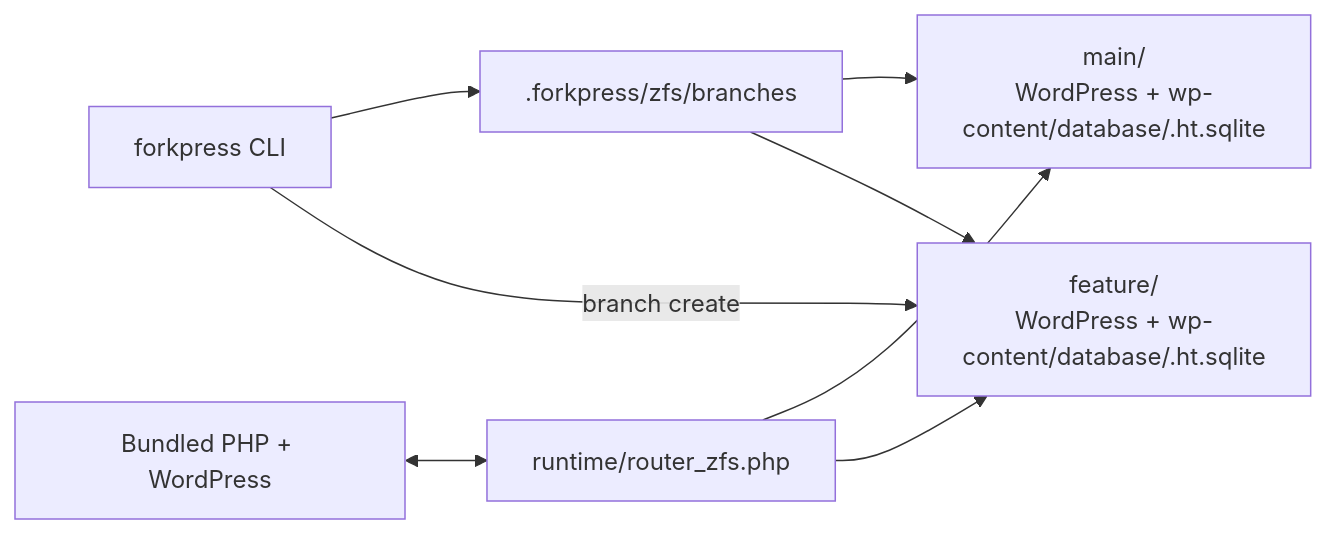
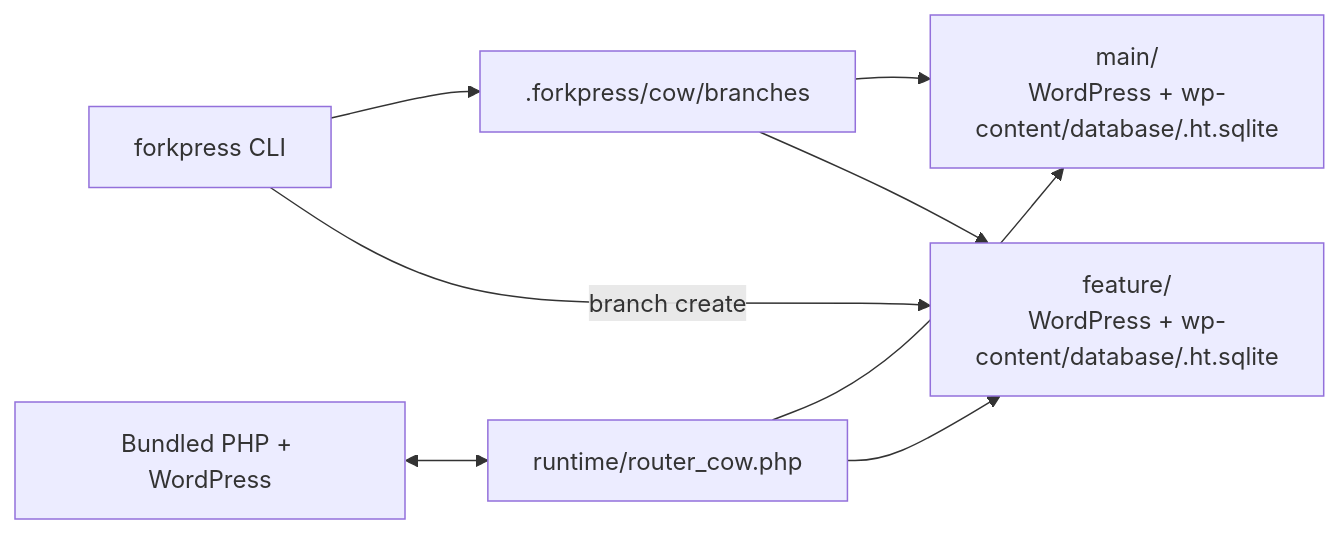
Before and after one commit to Automattic/forkpress: the second of 7 diagrams in README.md, drawn with Mermaid. The commit also changed other lines of this file and 7 other files, not shown here.

````diff
--- a/README.md
+++ b/README.md
@@ -350,17 +350,17 @@
 ```mermaid
 flowchart LR
     cli[forkpress CLI]
-    branches[.forkpress/zfs/branches]
+    branches[.forkpress/cow/branches]
     main[main/<br/>WordPress + wp-content/database/.ht.sqlite]
     feature[feature/<br/>WordPress + wp-content/database/.ht.sqlite]
-    router[runtime/router_zfs.php]
+    router[runtime/router_cow.php]
     php[Bundled PHP + WordPress]
 
     cli --> branches
     branches --> main
     branches --> feature
     cli -- branch create --> feature
     router --> main
     router --> feature
     php <--> router
 ```
````
